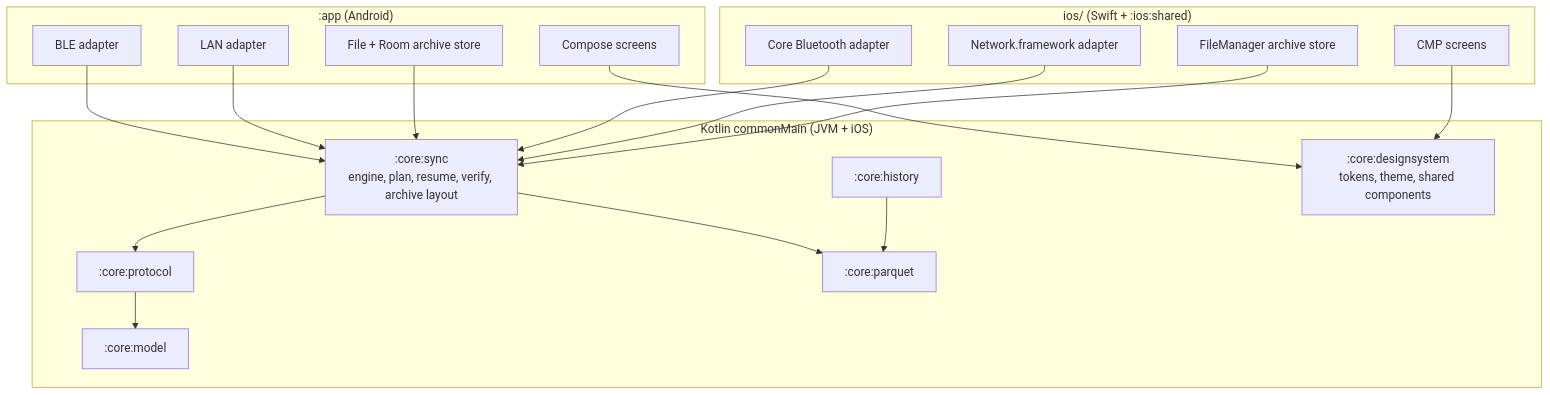
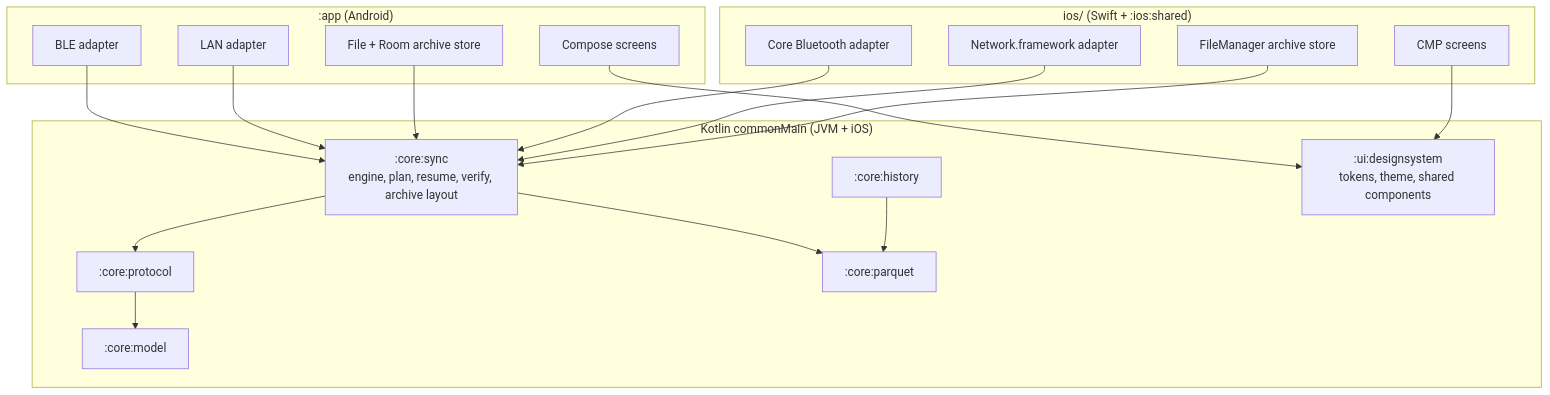
One commit to walkthru-earth/opensensor-space-mobile changed the diagram in docs/production-readiness-plan.md. Above: the diagram before and after it, drawn with Mermaid. The commit also changed other lines of this file and 58 other files, not shown here.

First line of the commit message:
Discover map controls, sheet charts, units setting, shared design system

````diff
--- a/docs/production-readiness-plan.md
+++ b/docs/production-readiness-plan.md
@@ -58,33 +58,33 @@
 ```mermaid
 flowchart TB
   subgraph common["Kotlin commonMain (JVM + iOS)"]
     model[":core:model"]
     protocol[":core:protocol"]
     parquet[":core:parquet"]
     history[":core:history"]
     sync[":core:sync<br/>engine, plan, resume, verify, archive layout"]
-    ds[":core:designsystem<br/>tokens, theme, shared components"]
+    ds[":ui:designsystem<br/>tokens, theme, shared components"]
   end
   subgraph android[":app (Android)"]
     ble[BLE adapter]
     lan[LAN adapter]
     store[File + Room archive store]
     ui[Compose screens]
   end
   subgraph ios["ios/ (Swift + :ios:shared)"]
     cb[Core Bluetooth adapter]
     nw[Network.framework adapter]
     fm[FileManager archive store]
     cmp[CMP screens]
   end
   protocol --> model
   sync --> protocol
   sync --> parquet
   history --> parquet
   ble & lan --> sync
   store --> sync
   cb & nw --> sync
   fm --> sync
   ui --> ds
   cmp --> ds
 ```
````
